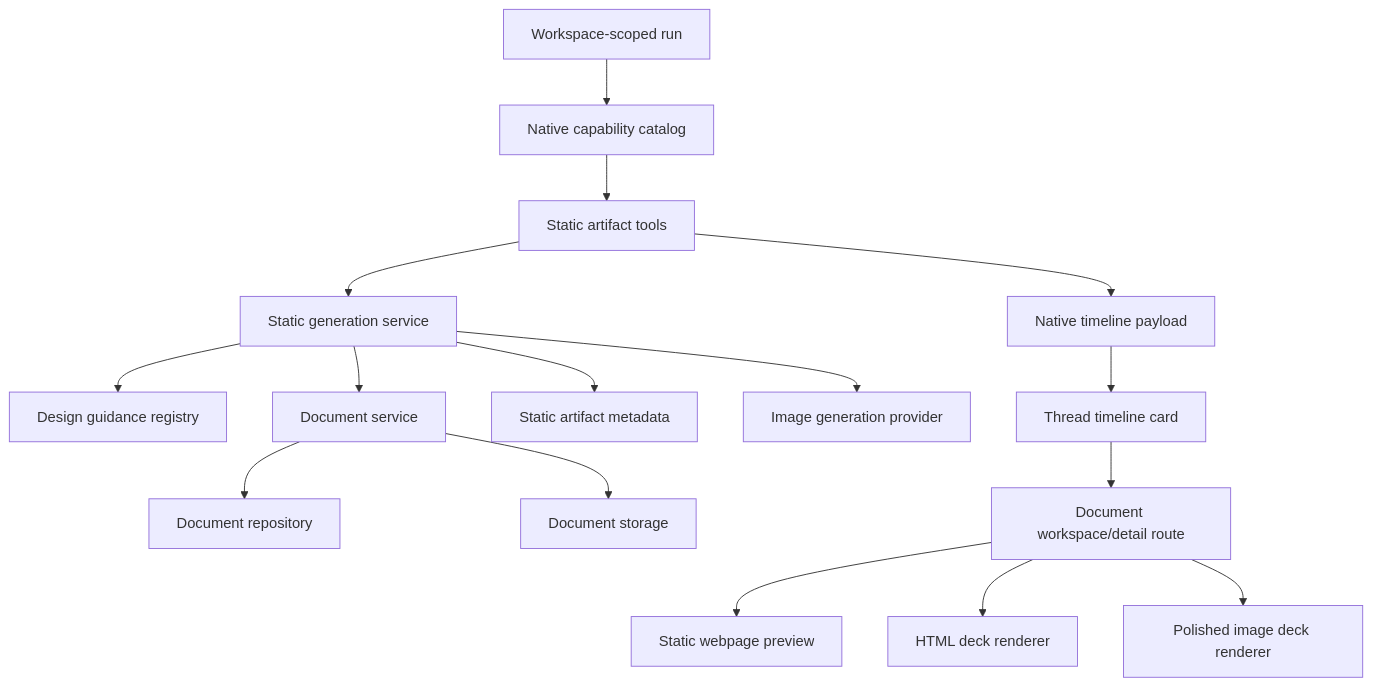
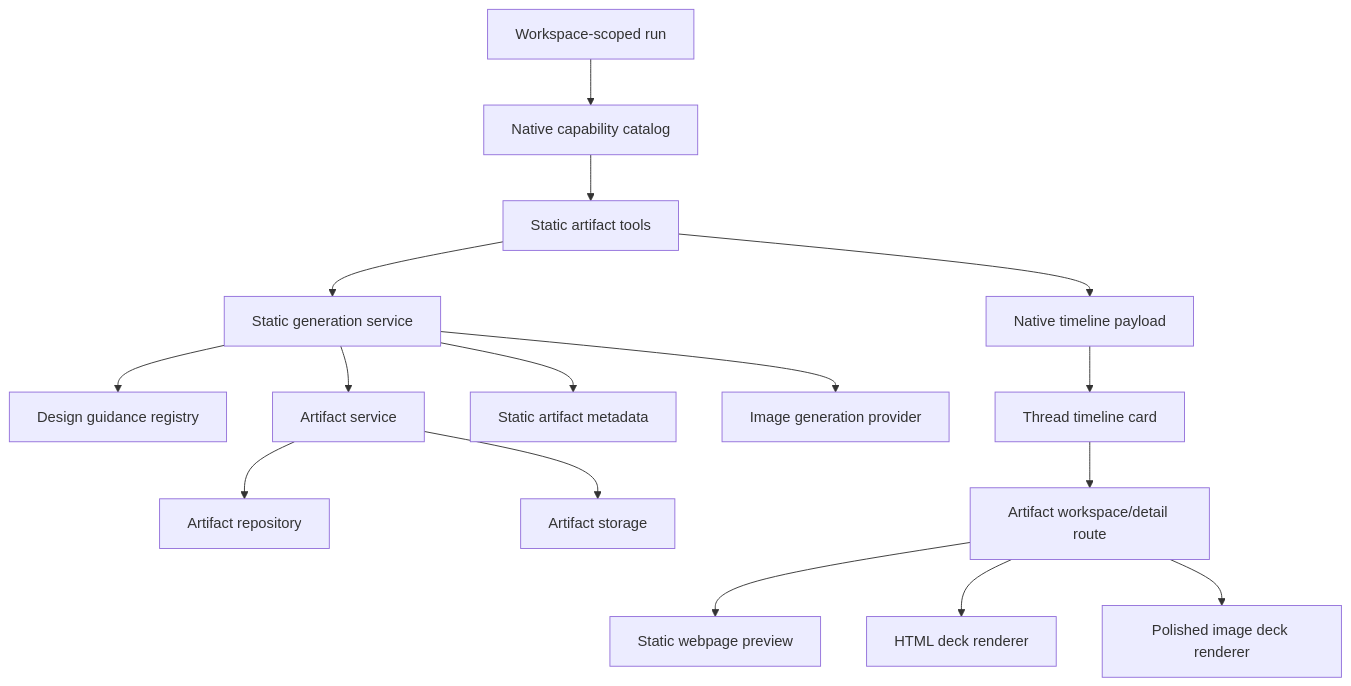
The diagram in docs/specs/2026-06-04-agent-native-tooling-v4-static-artifacts-design.md (gannonh/agentis), drawn with Mermaid before and after one commit. The commit also changed other lines of this file and 7 other files, not shown here.

````diff
--- a/docs/specs/2026-06-04-agent-native-tooling-v4-static-artifacts-design.md
+++ b/docs/specs/2026-06-04-agent-native-tooling-v4-static-artifacts-design.md
@@ -104,18 +108,18 @@
 ```mermaid
 flowchart TD
   Run[Workspace-scoped run] --> Catalog[Native capability catalog]
   Catalog --> Tools[Static artifact tools]
   Tools --> Generator[Static generation service]
   Generator --> Design[Design guidance registry]
-  Generator --> DocumentService[Document service]
-  DocumentService --> DocumentRepo[Document repository]
-  DocumentService --> DocumentStorage[Document storage]
+  Generator --> ArtifactService[Artifact service]
+  ArtifactService --> ArtifactRepo[Artifact repository]
+  ArtifactService --> ArtifactStorage[Artifact storage]
   Generator --> Metadata[Static artifact metadata]
   Generator --> ImageProvider[Image generation provider]
   Tools --> Timeline[Native timeline payload]
   Timeline --> Card[Thread timeline card]
-  Card --> Detail[Document workspace/detail route]
+  Card --> Detail[Artifact workspace/detail route]
   Detail --> WebPreview[Static webpage preview]
   Detail --> HtmlDeck[HTML deck renderer]
   Detail --> ImageDeck[Polished image deck renderer]
 ```
````
